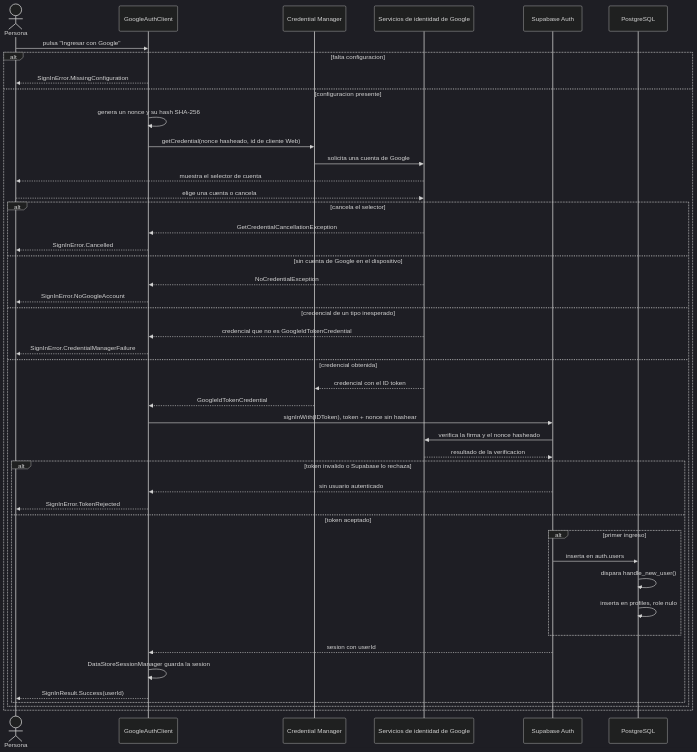
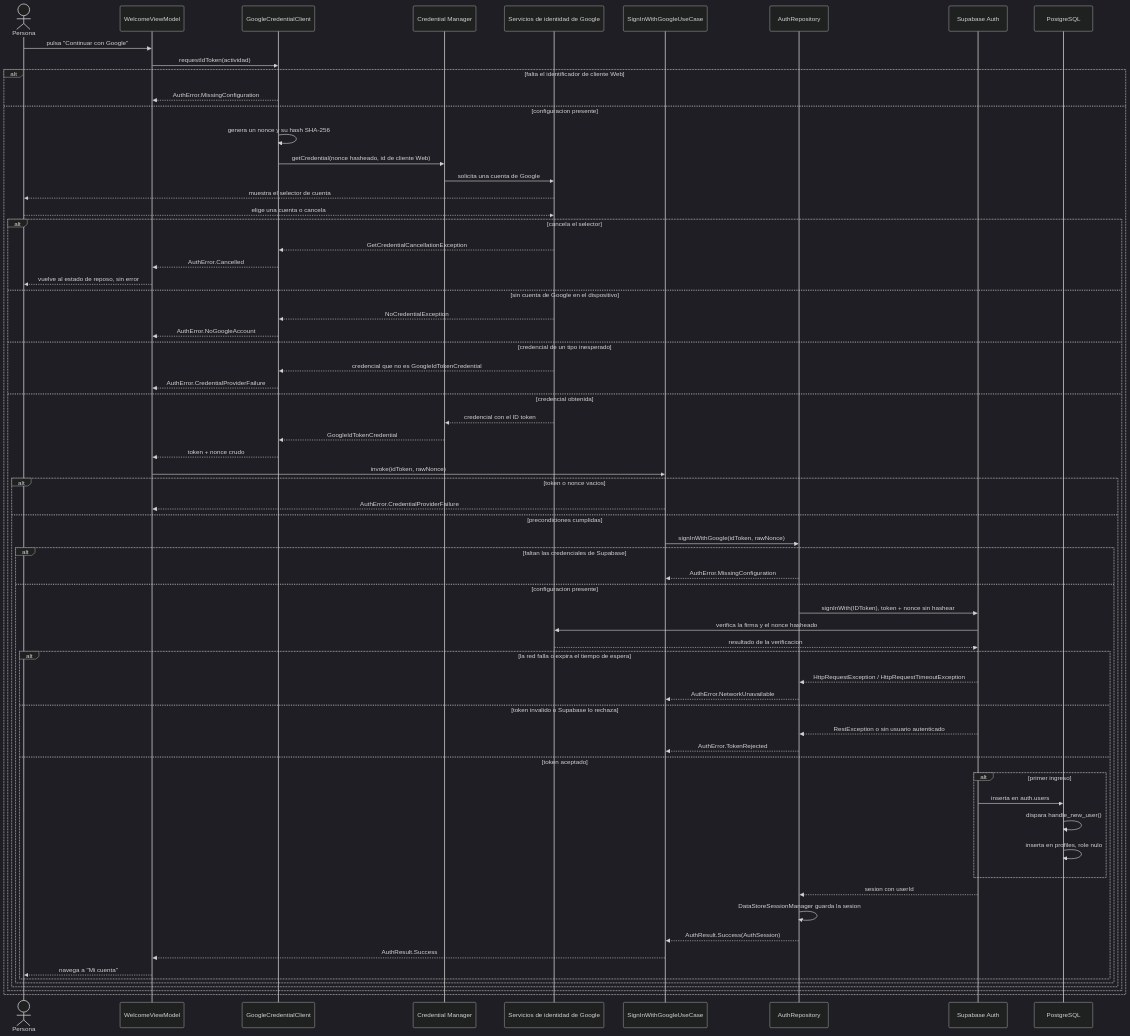
One commit to christian-ledezma/salud-en-casa changed the diagram in docs/architecture/auth-sequence.md. Above: the diagram before and after it, drawn with Mermaid (dark theme). The commit also changed other lines of this file and 1 other file, not shown here.

Commit message:
docs: redraw the authentication sequence over the three layers of HU-01

````diff
--- a/docs/architecture/auth-sequence.md
+++ b/docs/architecture/auth-sequence.md
@@ -11,54 +20,77 @@
 ```mermaid
 sequenceDiagram
     actor U as Persona
-    participant App as GoogleAuthClient
+    participant VM as WelcomeViewModel
+    participant GC as GoogleCredentialClient
     participant CM as Credential Manager
     participant GIS as Servicios de identidad de Google
+    participant UC as SignInWithGoogleUseCase
+    participant Repo as AuthRepository
     participant Auth as Supabase Auth
     participant DB as PostgreSQL
 
-    U->>App: pulsa "Ingresar con Google"
+    U->>VM: pulsa "Continuar con Google"
+    VM->>GC: requestIdToken(actividad)
 
-    alt falta configuracion
-        App-->>U: SignInError.MissingConfiguration
+    alt falta el identificador de cliente Web
+        GC-->>VM: AuthError.MissingConfiguration
     else configuracion presente
-        App->>App: genera un nonce y su hash SHA-256
-        App->>CM: getCredential(nonce hasheado, id de cliente Web)
+        GC->>GC: genera un nonce y su hash SHA-256
+        GC->>CM: getCredential(nonce hasheado, id de cliente Web)
         CM->>GIS: solicita una cuenta de Google
         GIS-->>U: muestra el selector de cuenta
         U-->>GIS: elige una cuenta o cancela
 
         alt cancela el selector
-            GIS-->>App: GetCredentialCancellationException
-            App-->>U: SignInError.Cancelled
+            GIS-->>GC: GetCredentialCancellationException
+            GC-->>VM: AuthError.Cancelled
+            VM-->>U: vuelve al estado de reposo, sin error
         else sin cuenta de Google en el dispositivo
-            GIS-->>App: NoCredentialException
-            App-->>U: SignInError.NoGoogleAccount
+            GIS-->>GC: NoCredentialException
+            GC-->>VM: AuthError.NoGoogleAccount
         else credencial de un tipo inesperado
-            GIS-->>App: credencial que no es GoogleIdTokenCredential
-            App-->>U: SignInError.CredentialManagerFailure
+            GIS-->>GC: credencial que no es GoogleIdTokenCredential
+            GC-->>VM: AuthError.CredentialProviderFailure
         else credencial obtenida
             GIS-->>CM: credencial con el ID token
-            CM-->>App: GoogleIdTokenCredential
-            App->>Auth: signInWith(IDToken), token + nonce sin hashear
-            Auth->>GIS: verifica la firma y el nonce hasheado
-            GIS-->>Auth: resultado de la verificacion
+            CM-->>GC: GoogleIdTokenCredential
+            GC-->>VM: token + nonce crudo
+            VM->>UC: invoke(idToken, rawNonce)
 
-            alt token invalido o Supabase lo rechaza
-                Auth-->>App: sin usuario autenticado
-                App-->>U: SignInError.TokenRejected
-            else token aceptado
+            alt token o nonce vacios
+                UC-->>VM: AuthError.CredentialProviderFailure
+            else precondiciones cumplidas
+                UC->>Repo: signInWithGoogle(idToken, rawNonce)
 
-                alt primer ingreso
-                    Auth->>DB: inserta en auth.users
-                    DB->>DB: dispara handle_new_user()
-                    DB->>DB: inserta en profiles, role nulo
+                alt faltan las credenciales de Supabase
+                    Repo-->>UC: AuthError.MissingConfiguration
+                else configuracion presente
+                    Repo->>Auth: signInWith(IDToken), token + nonce sin hashear
+                    Auth->>GIS: verifica la firma y el nonce hasheado
+                    GIS-->>Auth: resultado de la verificacion
+
+                    alt la red falla o expira el tiempo de espera
+                        Auth-->>Repo: HttpRequestException / HttpRequestTimeoutException
+                        Repo-->>UC: AuthError.NetworkUnavailable
+                    else token invalido o Supabase lo rechaza
+                        Auth-->>Repo: RestException o sin usuario autenticado
+                        Repo-->>UC: AuthError.TokenRejected
+                    else token aceptado
+
+                        alt primer ingreso
+                            Auth->>DB: inserta en auth.users
+                            DB->>DB: dispara handle_new_user()
+                            DB->>DB: inserta en profiles, role nulo
+                        end
+
+                        Auth-->>Repo: sesion con userId
+                        Repo->>Repo: DataStoreSessionManager guarda la sesion
+                        Repo-->>UC: AuthResult.Success(AuthSession)
+                        UC-->>VM: AuthResult.Success
+                        VM-->>U: navega a "Mi cuenta"
+                    end
                 end
-
-                Auth-->>App: sesion con userId
-                App->>App: DataStoreSessionManager guarda la sesion
-                App-->>U: SignInResult.Success(userId)
             end
         end
     end
 ```
````
